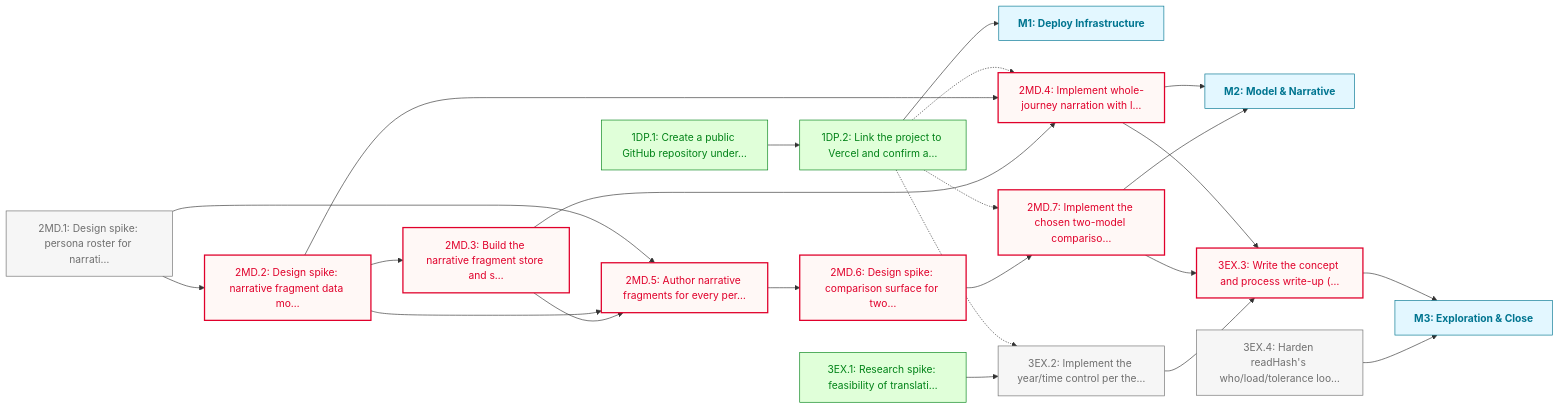
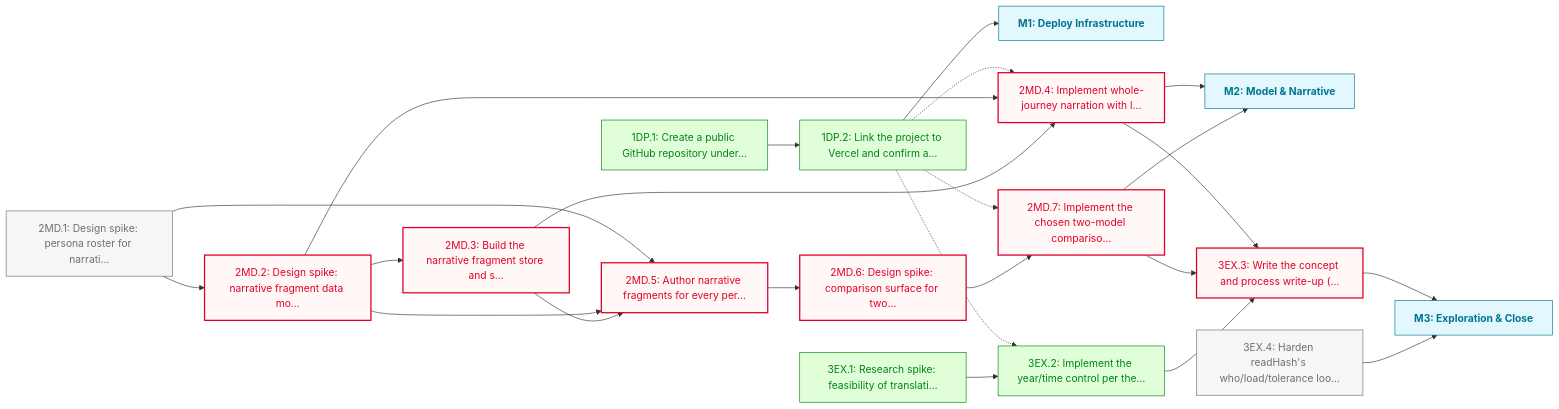
One commit to JasonWarrenUK/reach changed the diagram in docs/roadmaps/PHASE_1.md. Above: the diagram before and after it, drawn with Mermaid. The commit also changed other lines of this file and 2 other files, not shown here.

Commit message:
chore(roadmap): mark 3EX.2 done after year-band control merge
PR #2 implemented the YearBand control per the approved spike; sync roadmap status.

````diff
--- a/docs/roadmaps/PHASE_1.md
+++ b/docs/roadmaps/PHASE_1.md
@@ -53,52 +53,52 @@
 ```mermaid
 graph LR
 	classDef todo fill:#f6f6f6,stroke:#6f6f6f,color:#6f6f6f
 	classDef blocked fill:#fff8f6,stroke:#e0002b,color:#e0002b,stroke-width:2px
 	classDef paused fill:#fdf4ff,stroke:#b01fe3,color:#b01fe3,stroke-dasharray:4 3
 	classDef deferred fill:#fff8f3,stroke:#ac5c00,color:#ac5c00,stroke-dasharray:2 4,font-style:italic
 	classDef done fill:#e0ffd9,stroke:#008217,color:#008217
 	classDef outOfScope fill:#f6f6f6,stroke:#e2e2e2,color:#e2e2e2,stroke-dasharray:2 2
 	classDef mile fill:#e3f7ff,stroke:#007590,color:#007590,font-weight:bold
 	classDef external fill:#fff9e5,stroke:#7d6f00,color:#7d6f00,stroke-dasharray:4 3,font-style:italic
 	1DP.1["1DP.1: Create a public GitHub repository under…"]
 	1DP.2["1DP.2: Link the project to Vercel and confirm a…"]
 	M1["M1: Deploy Infrastructure"]:::mile
 	2MD.1["2MD.1: Design spike: persona roster for narrati…"]
 	2MD.2["2MD.2: Design spike: narrative fragment data mo…"]
 	2MD.3["2MD.3: Build the narrative fragment store and s…"]
 	2MD.4["2MD.4: Implement whole-journey narration with l…"]
 	2MD.5["2MD.5: Author narrative fragments for every per…"]
 	2MD.6["2MD.6: Design spike: comparison surface for two…"]
 	2MD.7["2MD.7: Implement the chosen two-model compariso…"]
 	M2["M2: Model & Narrative"]:::mile
 	3EX.1["3EX.1: Research spike: feasibility of translati…"]
 	3EX.2["3EX.2: Implement the year/time control per the…"]
 	3EX.3["3EX.3: Write the concept and process write-up (…"]
 	3EX.4["3EX.4: Harden readHash's who/load/tolerance loo…"]
 	M3["M3: Exploration & Close"]:::mile
 	1DP.1 --> 1DP.2
 	1DP.2 --> M1
 	1DP.2 -.-> 2MD.4
 	1DP.2 -.-> 2MD.7
 	1DP.2 -.-> 3EX.2
 	2MD.1 --> 2MD.2
 	2MD.1 --> 2MD.5
 	2MD.2 --> 2MD.3
 	2MD.2 --> 2MD.4
 	2MD.2 --> 2MD.5
 	2MD.3 --> 2MD.4
 	2MD.3 --> 2MD.5
 	2MD.4 --> M2
 	2MD.4 --> 3EX.3
 	2MD.5 --> 2MD.6
 	2MD.6 --> 2MD.7
 	2MD.7 --> M2
 	2MD.7 --> 3EX.3
 	3EX.1 --> 3EX.2
 	3EX.2 --> 3EX.3
 	3EX.3 --> M3
 	3EX.4 --> M3
-	class 2MD.1,3EX.2,3EX.4 todo
+	class 2MD.1,3EX.4 todo
 	class 2MD.2,2MD.3,2MD.4,2MD.5,2MD.6,2MD.7,3EX.3 blocked
-	class 1DP.1,1DP.2,3EX.1 done
+	class 1DP.1,1DP.2,3EX.1,3EX.2 done
 ```
````
